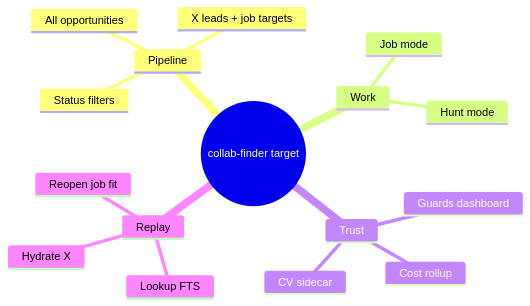
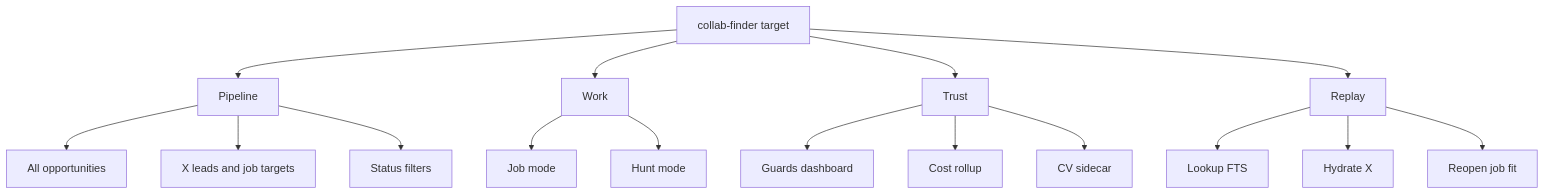
The fifth of 6 diagrams in reports/ux-review-v0.1-dogfood.md (p10ns11y/collab-finder), drawn with Mermaid before and after one commit. The commit also changed other lines of this file and 3 other files, not shown here.

First line of the commit message:
docs(reports): add tech debt deep dive and fix Mermaid diagram compatibility

````diff
--- a/reports/ux-review-v0.1-dogfood.md
+++ b/reports/ux-review-v0.1-dogfood.md
@@ -229,19 +234,23 @@
 ```mermaid
-mindmap
-  root((collab-finder target))
-    Pipeline
-      All opportunities
-      X leads + job targets
-      Status filters
-    Work
-      Job mode
-      Hunt mode
-    Trust
-      Guards dashboard
-      Cost rollup
-      CV sidecar
-    Replay
-      Lookup FTS
-      Hydrate X
-      Reopen job fit
+flowchart TB
+  root_target[collab-finder target]
+
+  root_target --> P[Pipeline]
+  P --> P1[All opportunities]
+  P --> P2[X leads and job targets]
+  P --> P3[Status filters]
+
+  root_target --> W[Work]
+  W --> W1[Job mode]
+  W --> W2[Hunt mode]
+
+  root_target --> T[Trust]
+  T --> T1[Guards dashboard]
+  T --> T2[Cost rollup]
+  T --> T3[CV sidecar]
+
+  root_target --> R[Replay]
+  R --> R1[Lookup FTS]
+  R --> R2[Hydrate X]
+  R --> R3[Reopen job fit]
 ```
````
